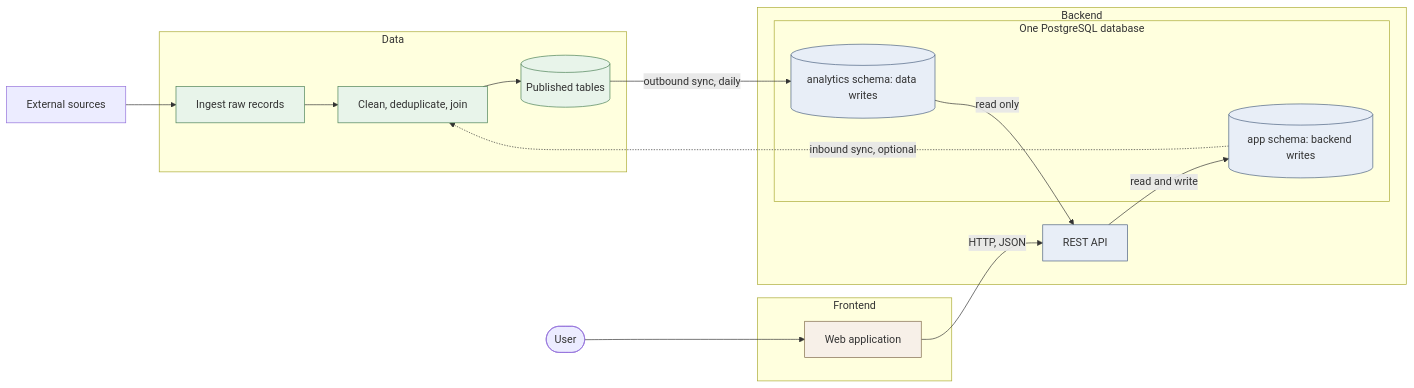
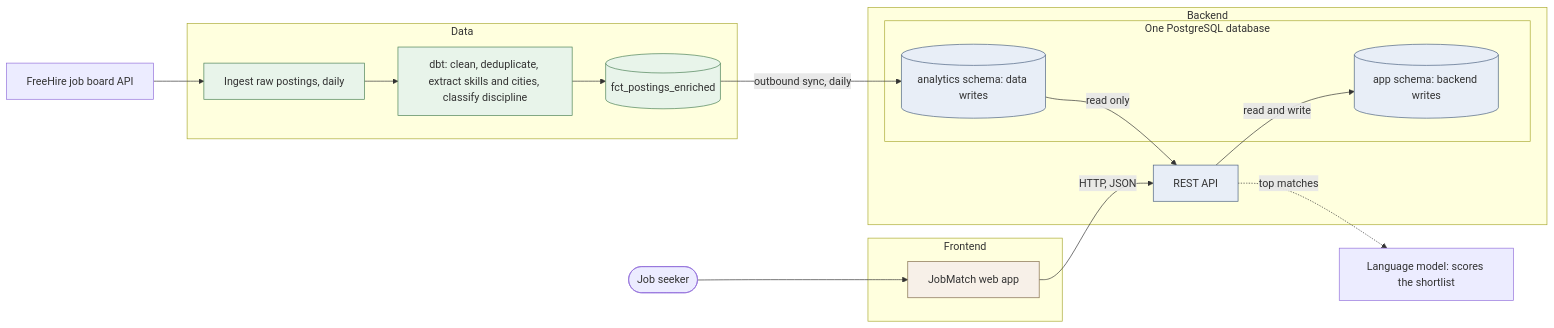
One commit to HackYourFutureProjects/c55-final-project-group-C changed the diagram in README.md. Above: the diagram before and after it, drawn with Mermaid. The commit also changed other lines of this file and 1 other file, not shown here.

````diff
--- a/README.md
+++ b/README.md
@@ -67,38 +94,40 @@
 ```mermaid
 flowchart LR
-    EXT["External sources"]
+    EXT["FreeHire job board API"]
 
     subgraph de["Data"]
-        ING["Ingest raw records"]
-        MODEL["Clean, deduplicate, join"]
-        MART[("Published tables")]
+        ING["Ingest raw postings, daily"]
+        MODEL["dbt: clean, deduplicate, extract skills and cities, classify discipline"]
+        MART[("fct_postings_enriched")]
     end
 
     subgraph be["Backend"]
         API["REST API"]
         subgraph db["One PostgreSQL database"]
             ANA[("analytics schema: data writes")]
             APP[("app schema: backend writes")]
             ANA ~~~ APP
         end
     end
 
     subgraph fe["Frontend"]
-        UI["Web application"]
+        UI["JobMatch web app"]
     end
+
+    LLM["Language model: scores the shortlist"]
 
     EXT --> ING --> MODEL --> MART
     MART -->|"outbound sync, daily"| ANA
     ANA -->|"read only"| API
     API -->|"read and write"| APP
+    API -.->|"top matches"| LLM
     UI -->|"HTTP, JSON"| API
-    User([User]) --> UI
-    APP -.->|"inbound sync, optional"| MODEL
+    User([Job seeker]) --> UI
 
     classDef d fill:#e8f4ea,stroke:#4a8055
     classDef b fill:#e8eef7,stroke:#4a6080
     classDef f fill:#f7f0e8,stroke:#806a4a
     class ING,MODEL,MART d
     class ANA,APP,API b
     class UI f
 ```
````
